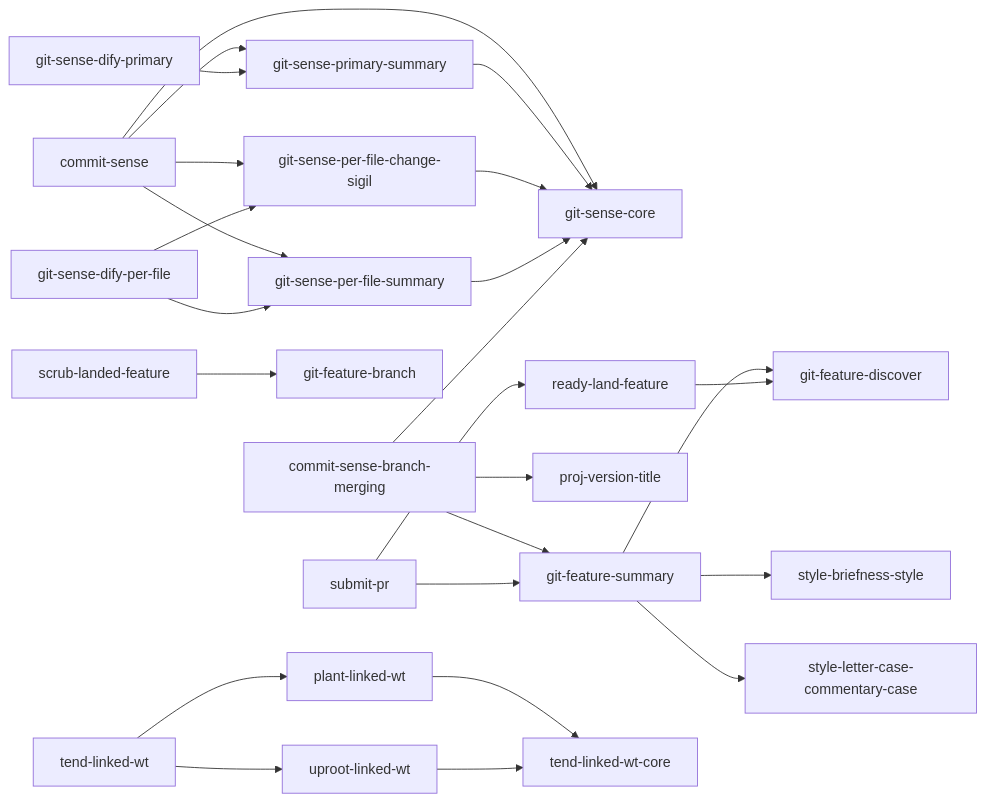
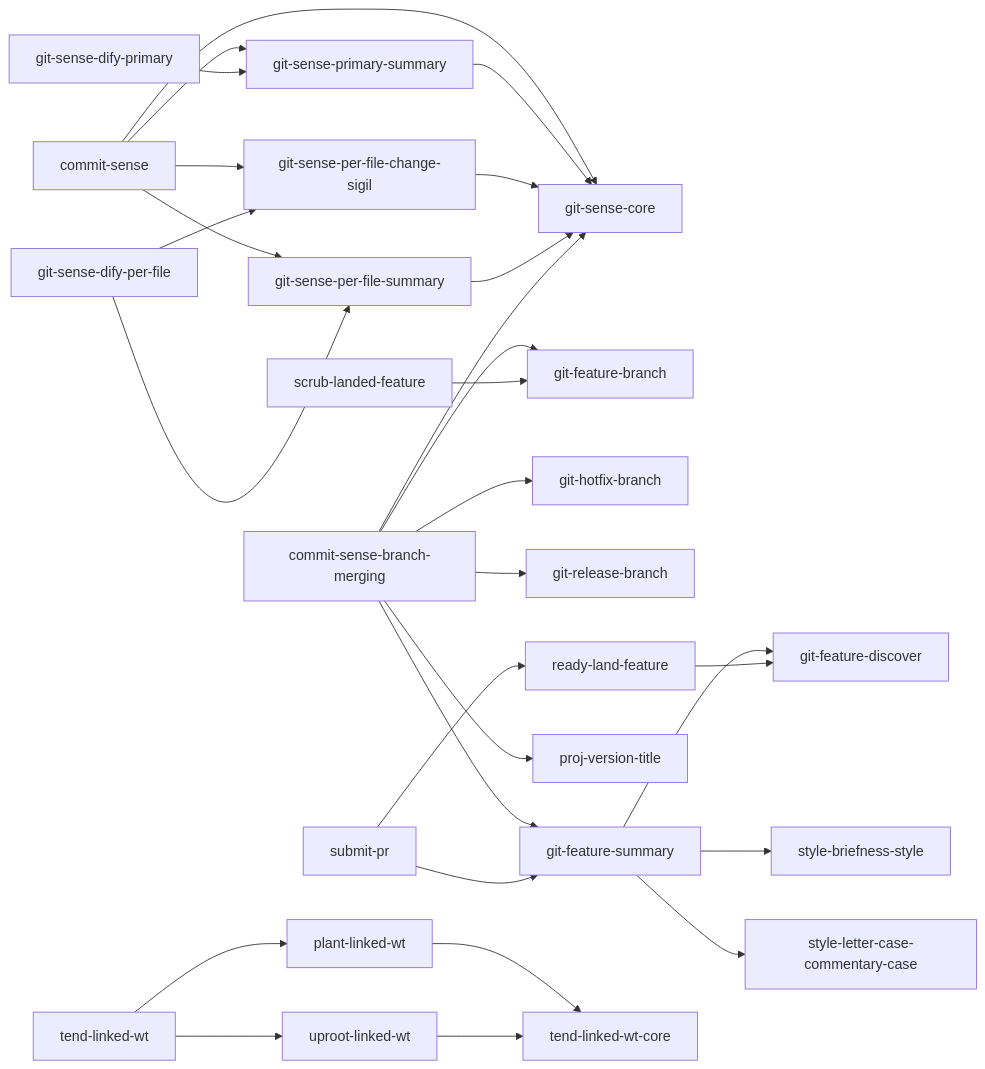
One commit to kami-lel/kaye-library changed the third of 7 diagrams in docs/blueprint-doc.md. Above: the diagram before and after it, drawn with Mermaid. The commit also changed 5 other files, not shown here.

First line of the commit message:
define hotfix & release branch w/ hotfix/, release/ prefixes

````diff
--- a/docs/blueprint-doc.md
+++ b/docs/blueprint-doc.md
@@ -94,27 +94,30 @@
 ```mermaid
 flowchart LR
     commit_sense["commit-sense"] --> git_sense_core["git-sense-core"]
     commit_sense --> git_sense_primary_summary["git-sense-primary-summary"]
     commit_sense --> git_sense_per_file_change_sigil["git-sense-per-file-change-sigil"]
     commit_sense --> git_sense_per_file_summary["git-sense-per-file-summary"]
     git_sense_primary_summary --> git_sense_core
     git_sense_per_file_change_sigil --> git_sense_core
     git_sense_per_file_summary --> git_sense_core
     commit_sense_branch_merging["commit-sense-branch-merging"] --> git_sense_core
+    commit_sense_branch_merging --> git_feature_branch["git-feature-branch"]
+    commit_sense_branch_merging --> git_hotfix_branch["git-hotfix-branch"]
+    commit_sense_branch_merging --> git_release_branch["git-release-branch"]
     commit_sense_branch_merging --> git_feature_summary["git-feature-summary"]
     commit_sense_branch_merging --> proj_version_title["proj-version-title"]
     git_sense_dify_primary["git-sense-dify-primary"] --> git_sense_primary_summary
     git_sense_dify_per_file["git-sense-dify-per-file"] --> git_sense_per_file_change_sigil
     git_sense_dify_per_file --> git_sense_per_file_summary
     git_feature_summary["git-feature-summary"] --> git_feature_discover["git-feature-discover"]
     ready_land_feature["ready-land-feature"] --> git_feature_discover
-    scrub_landed_feature["scrub-landed-feature"] --> git_feature_branch["git-feature-branch"]
+    scrub_landed_feature["scrub-landed-feature"] --> git_feature_branch
     submit_pr["submit-pr"] --> ready_land_feature
     submit_pr --> git_feature_summary
     tend_linked_wt["tend-linked-wt"] --> plant_linked_wt["plant-linked-wt"]
     tend_linked_wt --> uproot_linked_wt["uproot-linked-wt"]
     plant_linked_wt --> tend_linked_wt_core["tend-linked-wt-core"]
     uproot_linked_wt --> tend_linked_wt_core
     git_feature_summary --> style_briefness_style["style-briefness-style"]
     git_feature_summary --> style_letter_case_commentary_case["style-letter-case-commentary-case"]
 ```
````
